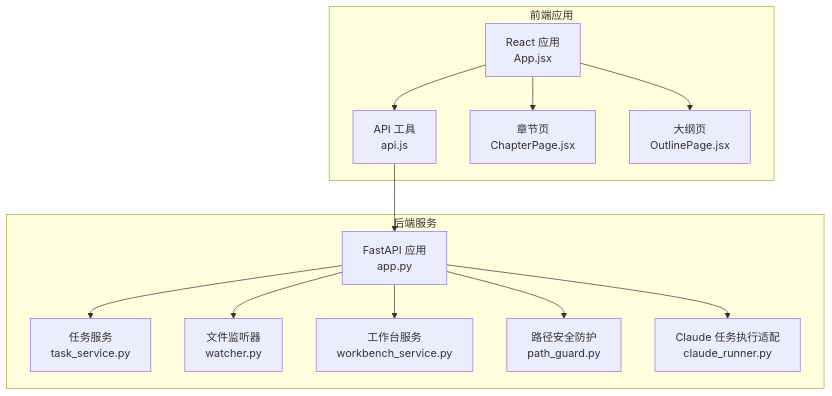
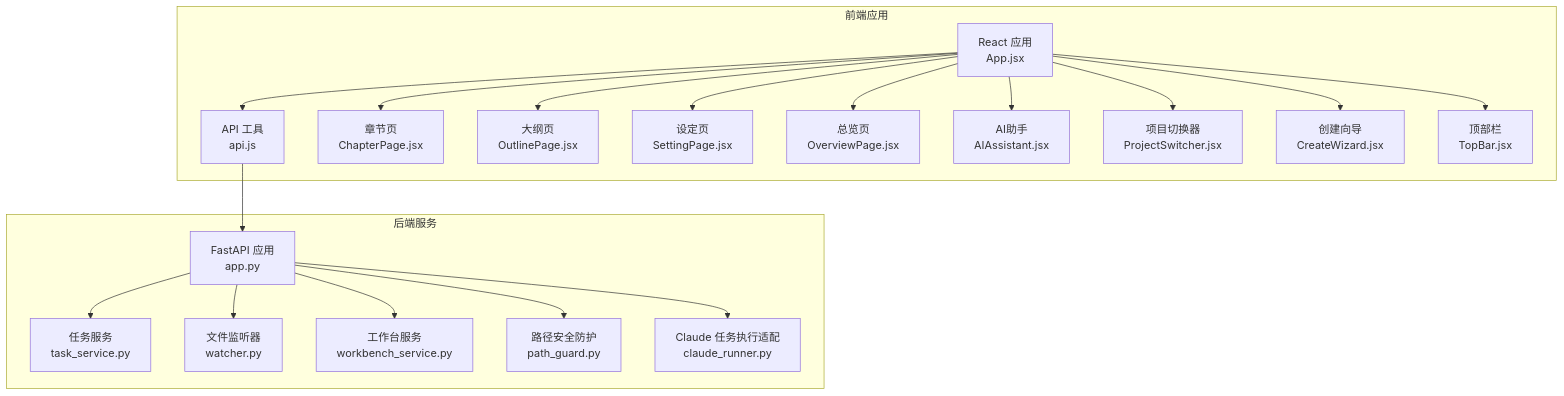
The first of 8 diagrams in .qoder/repowiki/zh/content/写作工作台/写作工作台.md (ssffpt/webnovel-writer), drawn with Mermaid before and after one commit. The commit also changed other lines of this file and 13 other files, not shown here.

````diff
--- a/.qoder/repowiki/zh/content/写作工作台/写作工作台.md
+++ b/.qoder/repowiki/zh/content/写作工作台/写作工作台.md
@@ -49,26 +67,38 @@
 ```mermaid
 graph TB
 subgraph "后端服务"
 A["FastAPI 应用<br/>app.py"]
 B["任务服务<br/>task_service.py"]
 C["文件监听器<br/>watcher.py"]
 D["工作台服务<br/>workbench_service.py"]
 E["路径安全防护<br/>path_guard.py"]
 F["Claude 任务执行适配<br/>claude_runner.py"]
 end
 subgraph "前端应用"
 P["React 应用<br/>App.jsx"]
 Q["API 工具<br/>api.js"]
 R["章节页<br/>ChapterPage.jsx"]
 S["大纲页<br/>OutlinePage.jsx"]
+T["设定页<br/>SettingPage.jsx"]
+U["总览页<br/>OverviewPage.jsx"]
+V["AI助手<br/>AIAssistant.jsx"]
+W["项目切换器<br/>ProjectSwitcher.jsx"]
+X["创建向导<br/>CreateWizard.jsx"]
+Y["顶部栏<br/>TopBar.jsx"]
 end
 P --> Q
 Q --> A
 A --> B
 A --> C
 A --> D
 A --> E
 A --> F
 P --> R
 P --> S
+P --> T
+P --> U
+P --> V
+P --> W
+P --> X
+P --> Y
 ```
````
